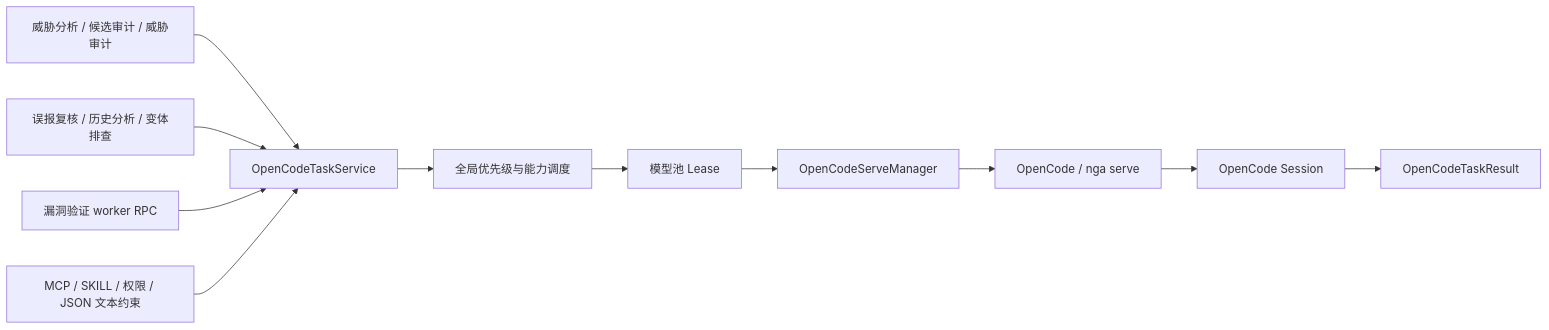
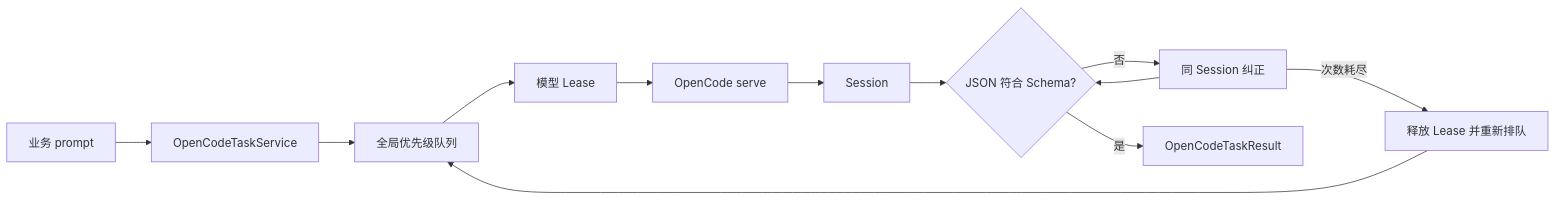
Before and after one commit to softcucu/OpenDeepHole: the diagram in docs/opencode_task_service.md, drawn with Mermaid. The commit also changed other lines of this file and 28 other files, not shown here.

````diff
--- a/docs/opencode_task_service.md
+++ b/docs/opencode_task_service.md
@@ -23,13 +9,14 @@
 ```mermaid
 flowchart LR
-    A[威胁分析 / 候选审计 / 威胁审计] --> S[OpenCodeTaskService]
-    B[误报复核 / 历史分析 / 变体排查] --> S
-    C[漏洞验证 worker RPC] --> S
-    S --> Q[全局优先级与能力调度]
-    Q --> M[模型池 Lease]
-    M --> R[OpenCodeServeManager]
-    R --> O[OpenCode / nga serve]
-    O --> X[OpenCode Session]
-    T[MCP / SKILL / 权限 / JSON 文本约束] --> S
-    X --> Z[OpenCodeTaskResult]
+    A[业务 prompt] --> S[OpenCodeTaskService]
+    S --> Q[全局优先级队列]
+    Q --> L[模型 Lease]
+    L --> O[OpenCode serve]
+    O --> X[Session]
+    X --> J{JSON 符合 Schema?}
+    J -- 否 --> C[同 Session 纠正]
+    C --> J
+    J -- 是 --> R[OpenCodeTaskResult]
+    C -- 次数耗尽 --> N[释放 Lease 并重新排队]
+    N --> Q
 ```
````
